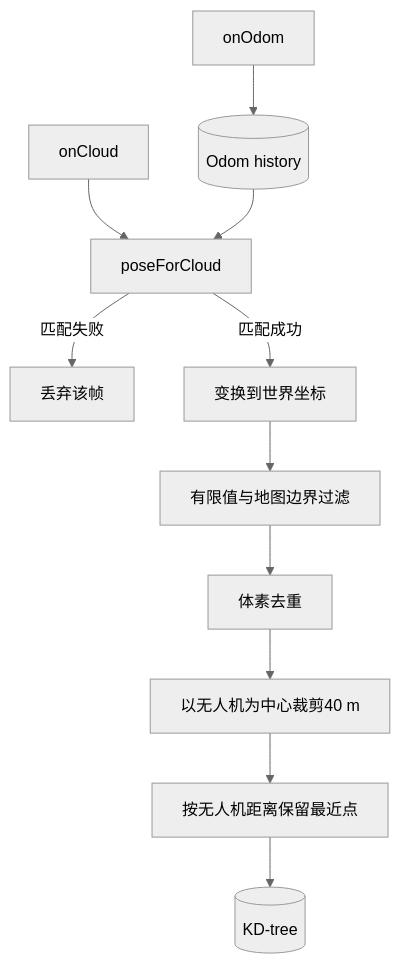
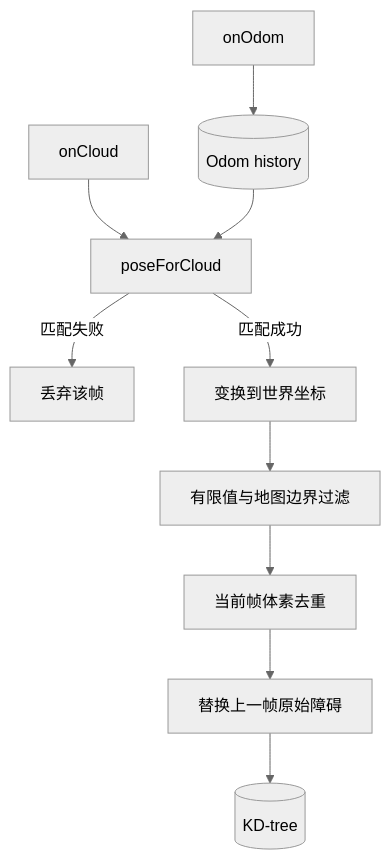
Before and after one commit to puffyq/scaleNav: the seventh of 10 diagrams in scalenav_ws/docs/ALGORITHM_DESIGN.md, drawn with Mermaid (neutral theme). The commit also changed other lines of this file and 83 other files, not shown here.

````diff
--- a/scalenav_ws/docs/ALGORITHM_DESIGN.md
+++ b/scalenav_ws/docs/ALGORITHM_DESIGN.md
@@ -260,13 +266,12 @@
 ```mermaid
 flowchart TD
     O[onOdom] --> OH[(Odom history)]
     C[onCloud] --> P[poseForCloud]
     OH --> P
     P -->|匹配失败| Drop[丢弃该帧]
     P -->|匹配成功| TF[变换到世界坐标]
     TF --> Filter[有限值与地图边界过滤]
-    Filter --> Voxel[体素去重]
-    Voxel --> Window[以无人机为中心裁剪40 m]
-    Window --> Capacity[按无人机距离保留最近点]
-    Capacity --> KD[(KD-tree)]
+    Filter --> Voxel[当前帧体素去重]
+    Voxel --> Replace[替换上一帧原始障碍]
+    Replace --> KD[(KD-tree)]
 ```
````
